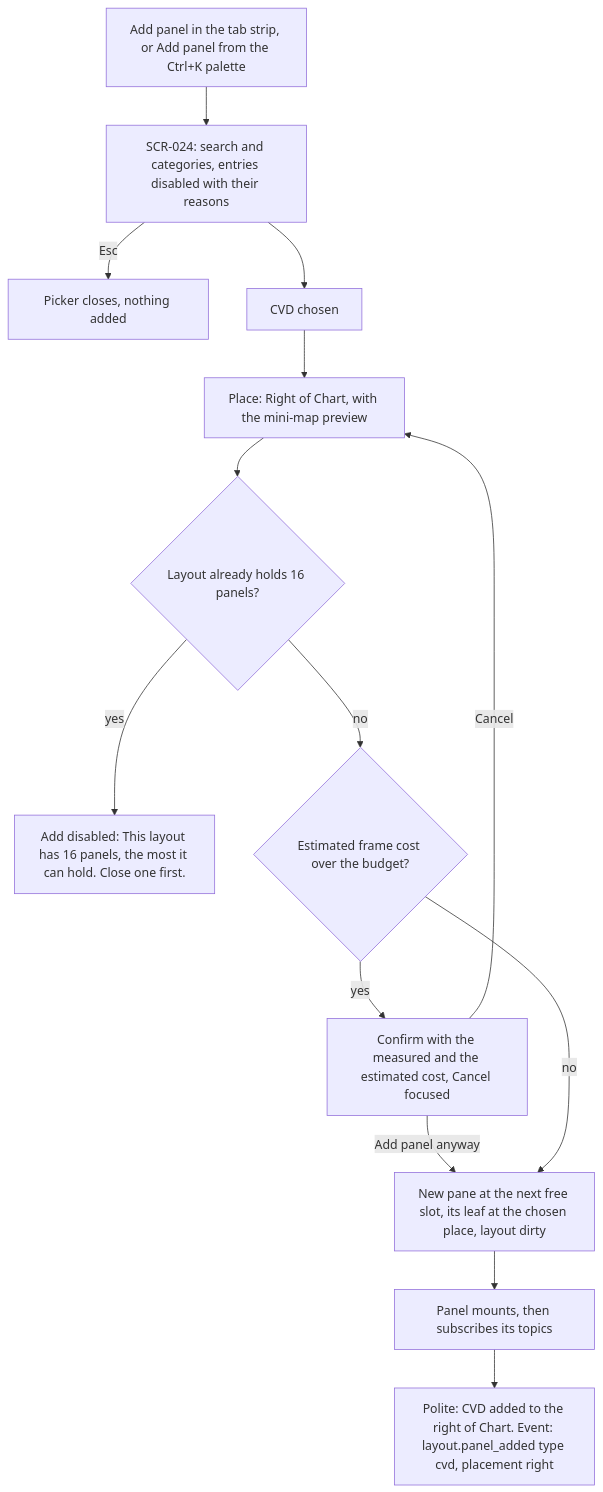
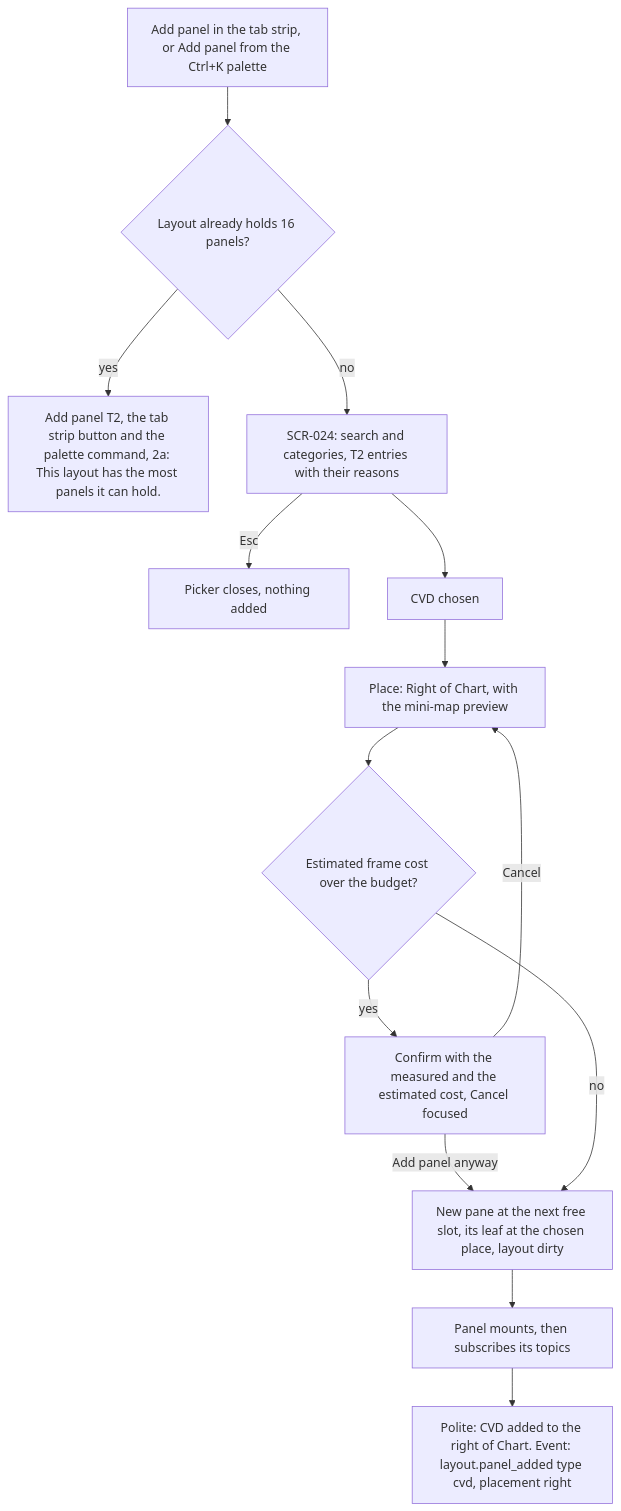
One commit to CandleViewer/CandleViewer changed the fourth of 6 diagrams in docs/design/specs/e15-layout-flows.md. Above: the diagram before and after it, drawn with Mermaid. The commit also changed other lines of this file and 1 other file, not shown here.

First paragraph of the commit message:
docs(charting-ui): fold the E15-D02 T2 pre-check
Fold the lane's G-T2 pre-check of afbcead31 (1 Major, 1 Medium, 10 Lows) and state that the text
merges first, with the boards in a second PR.

````diff
--- a/docs/design/specs/e15-layout-flows.md
+++ b/docs/design/specs/e15-layout-flows.md
@@ -89,16 +89,16 @@
 ```mermaid
 flowchart TD
-  A4["Add panel in the tab strip, or Add panel from the Ctrl+K palette"] --> B4["SCR-024: search and categories, entries disabled with their reasons"]
+  A4["Add panel in the tab strip, or Add panel from the Ctrl+K palette"] --> E4{"Layout already holds 16 panels?"}
+  E4 -->|yes| F4["Add panel T2, the tab strip button and the palette command, 2a: This layout has the most panels it can hold."]
+  E4 -->|no| B4["SCR-024: search and categories, T2 entries with their reasons"]
   B4 -->|Esc| Z4["Picker closes, nothing added"]
   B4 --> C4["CVD chosen"]
   C4 --> D4["Place: Right of Chart, with the mini-map preview"]
-  D4 --> E4{"Layout already holds 16 panels?"}
-  E4 -->|yes| F4["Add disabled: This layout has 16 panels, the most it can hold. Close one first."]
-  E4 -->|no| G4{"Estimated frame cost over the budget?"}
+  D4 --> G4{"Estimated frame cost over the budget?"}
   G4 -->|yes| H4["Confirm with the measured and the estimated cost, Cancel focused"]
   H4 -->|Cancel| D4
   H4 -->|Add panel anyway| I4
   G4 -->|no| I4["New pane at the next free slot, its leaf at the chosen place, layout dirty"]
   I4 --> J4["Panel mounts, then subscribes its topics"]
   J4 --> K4["Polite: CVD added to the right of Chart. Event: layout.panel_added type cvd, placement right"]
 ```
````
